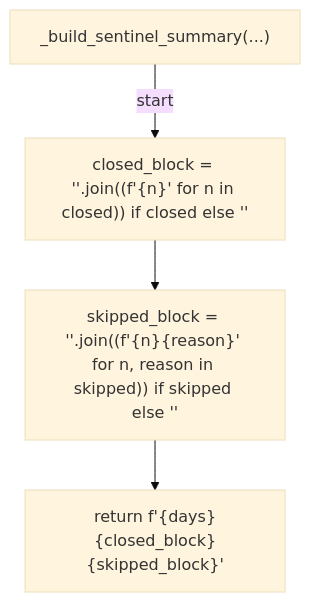
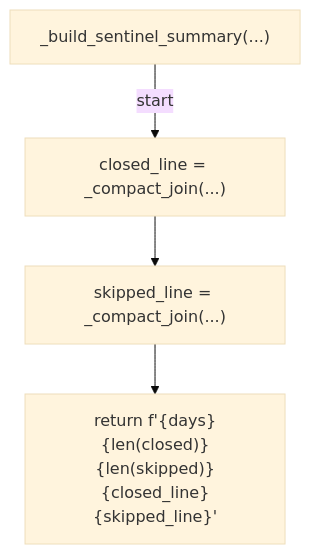
Before and after one commit to tvna/claude-md: diagram 33 of 52 in docs/generated/scripts/ast/auto_retro.md, drawn with Mermaid (base theme). The commit also changed other lines of this file and 1 other file, not shown here.

First line of the commit message:
docs(generated): regenerate decision tree and workflow diagrams

````diff
--- a/docs/generated/scripts/ast/auto_retro.md
+++ b/docs/generated/scripts/ast/auto_retro.md
@@ -755,10 +779,10 @@
 ```mermaid
 flowchart TD
     N001["_build_sentinel_summary(...)"]
-    N002["closed_block = '<str>'.join((f'<str>{n}' for n in closed)) if closed else '<str>'"]
-    N003["skipped_block = '<str>'.join((f'<str>{n}<str>{reason}' for n, reason in skipped)) if skipped else '<str>'"]
-    N004["return f'<str>{days}<str>{closed_block}<str>{skipped_block}<str>'"]
+    N002["closed_line = _compact_join(...)"]
+    N003["skipped_line = _compact_join(...)"]
+    N004["return f'<str>{days}<str>{len(closed)}<str>{len(skipped)}<str>{closed_line}<str>{skipped_line}<str>'"]
     N001 -->|"start"| N002
     N002 --> N003
     N003 --> N004
 ```
````
